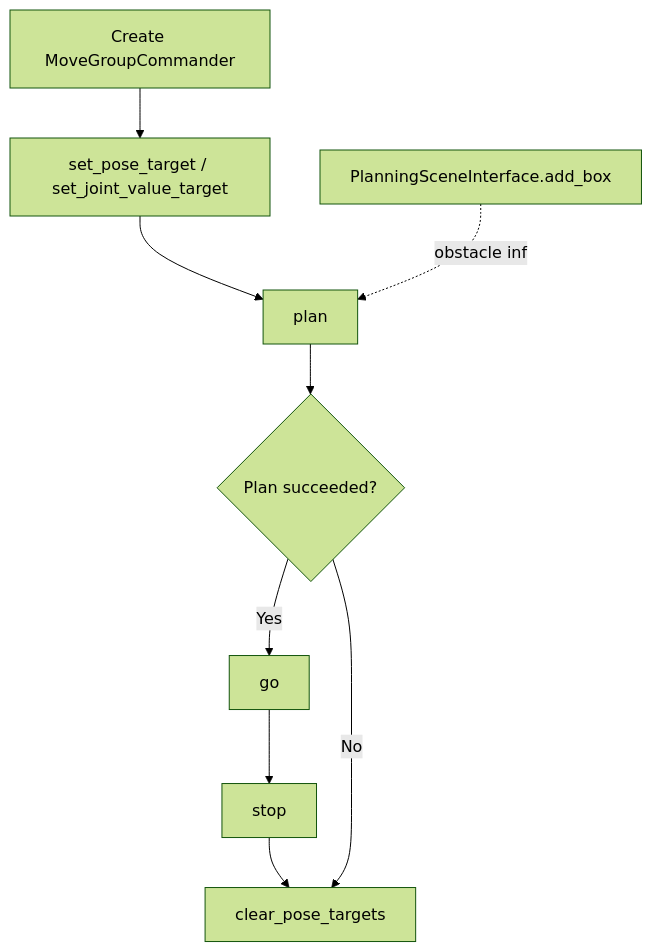
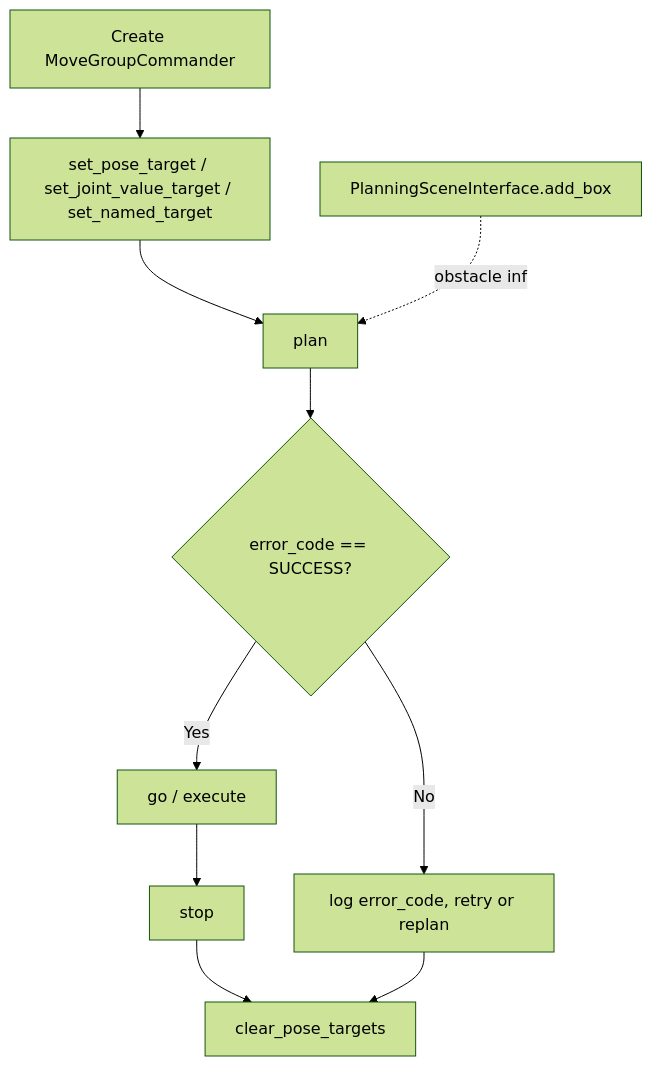
The diagram in 12courseofproduct/mastering-with-ros-tiago-melodic/05-motion-planning-with-moveit-part-2.md (jgyy/robotcon), drawn with Mermaid (forest theme) before and after one commit. The commit also changed other lines of this file and 27 other files, not shown here.

````diff
--- a/12courseofproduct/mastering-with-ros-tiago-melodic/05-motion-planning-with-moveit-part-2.md
+++ b/12courseofproduct/mastering-with-ros-tiago-melodic/05-motion-planning-with-moveit-part-2.md
@@ -7,11 +7,12 @@
 ```mermaid
 flowchart TD
-    A[Create MoveGroupCommander] --> B[set_pose_target / set_joint_value_target]
+    A[Create MoveGroupCommander] --> B[set_pose_target / set_joint_value_target / set_named_target]
     B --> C[plan]
-    C --> D{Plan succeeded?}
-    D -->|Yes| E[go]
+    C --> D{error_code == SUCCESS?}
+    D -->|Yes| E[go / execute]
     E --> F[stop]
     F --> G[clear_pose_targets]
-    D -->|No| G
-    H[PlanningSceneInterface.add_box] -.obstacle info.-> C
+    D -->|No| H[log error_code, retry or replan]
+    H --> G
+    I[PlanningSceneInterface.add_box] -.obstacle info.-> C
 ```
````
